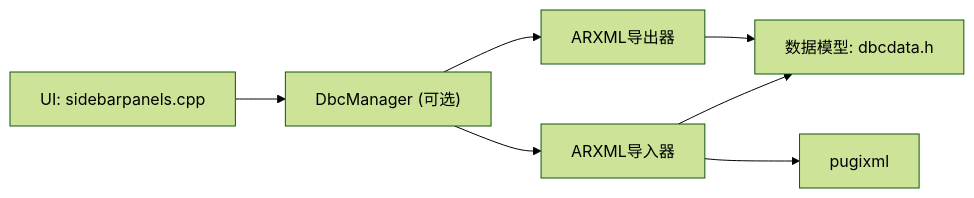
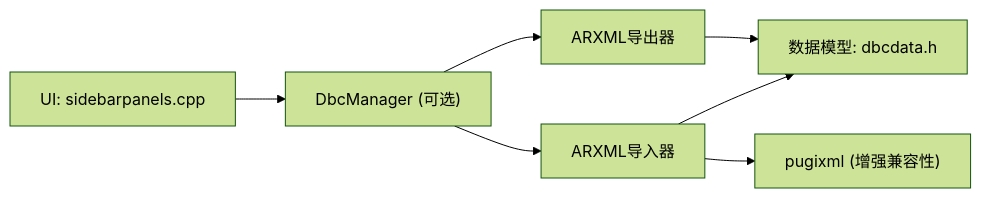
The fifth of 5 diagrams in .qoder/repowiki/zh/content/核心模块详解/DBC文件支持/ARXML支持.md (jakecai1225-design/OpenBus), drawn with Mermaid (forest theme) before and after one commit. The commit also changed other lines of this file and 18 other files, not shown here.

````diff
--- a/.qoder/repowiki/zh/content/核心模块详解/DBC文件支持/ARXML支持.md
+++ b/.qoder/repowiki/zh/content/核心模块详解/DBC文件支持/ARXML支持.md
@@ -233,9 +249,9 @@
 ```mermaid
 graph LR
 UI["UI: sidebarpanels.cpp"] --> DM["DbcManager (可选)"]
 DM --> Imp["ARXML导入器"]
 DM --> Exp["ARXML导出器"]
 Imp --> Model["数据模型: dbcdata.h"]
 Exp --> Model
-Imp --> XML["pugixml"]
+Imp --> XML["pugixml (增强兼容性)"]
 ```
````
